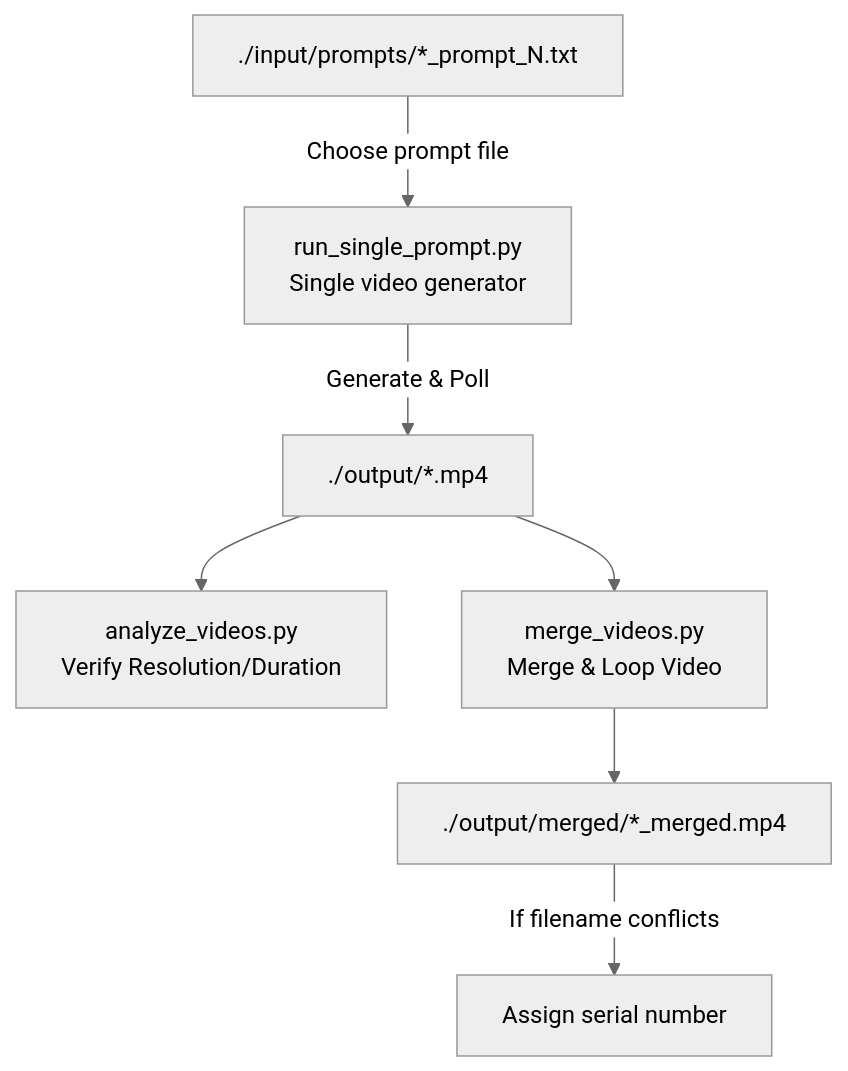
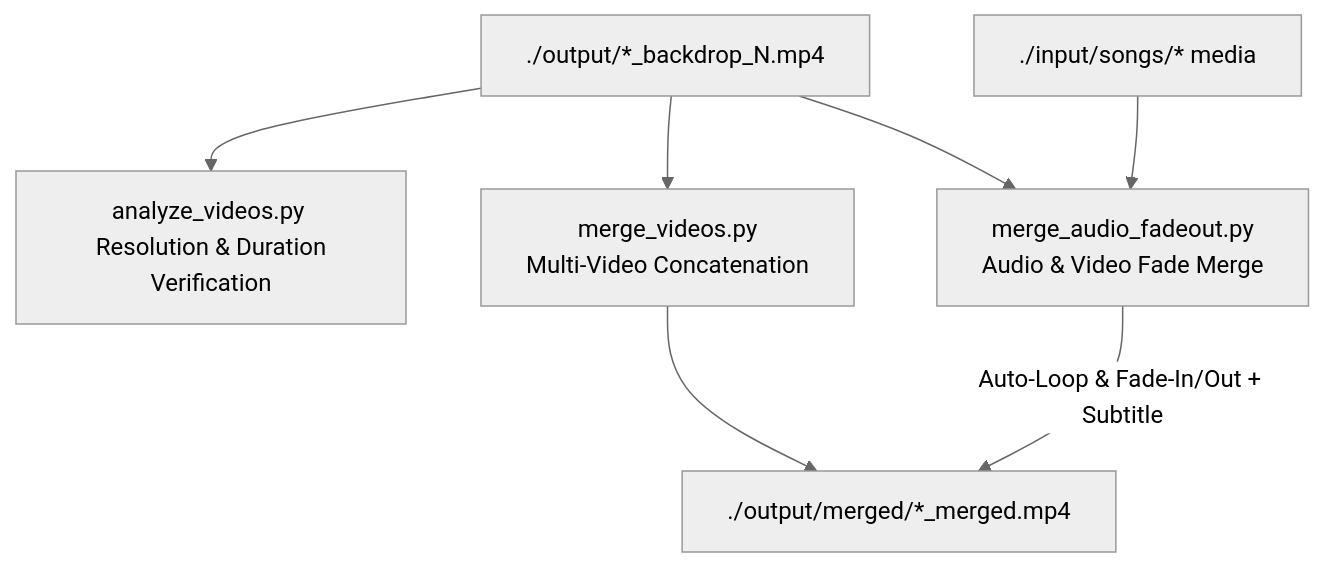
The sixth of 6 diagrams in ARCHITECTURE.md (electronicnomad/stage-backdrops), drawn with Mermaid before and after one commit. The commit also changed other lines of this file, not shown here.

Commit message:
docs: update ARCHITECTURE.md to bilingual Korean/English specification

````diff
--- a/ARCHITECTURE.md
+++ b/ARCHITECTURE.md
@@ -150,11 +183,12 @@
 ```mermaid
 %%{init: {'theme': 'neutral'}}%%
 flowchart TD
-    OUT["./output/*.mp4"] --> ANALYZE["analyze_videos.py<br>Verify Resolution/Duration"]
-    OUT --> MERGE["merge_videos.py<br>Merge & Loop Video"]
-    MERGE --> FINAL["./output/merged/*_merged.mp4"]
-    FINAL -->|If filename conflicts| DUP["Assign serial number"]
-
-    PROMPTS["./input/prompts/*_prompt_N.txt"] -->|Choose prompt file| SINGLE["run_single_prompt.py<br>Single video generator"]
-    SINGLE -->|Generate & Poll| OUT
+    OUT_VID["./output/*_backdrop_N.mp4"] --> ANALYZE["analyze_videos.py <br> Resolution & Duration Verification"]
+    OUT_VID --> MERGE_V["merge_videos.py <br> Multi-Video Concatenation"]
+    
+    OUT_VID --> MERGE_A["merge_audio_fadeout.py <br> Audio & Video Fade Merge"]
+    AUDIO["./input/songs/* media"] --> MERGE_A
+    
+    MERGE_A -->|Auto-Loop & Fade-In/Out + Subtitle| FINAL["./output/merged/*_merged.mp4"]
+    MERGE_V --> FINAL
 ```
````
